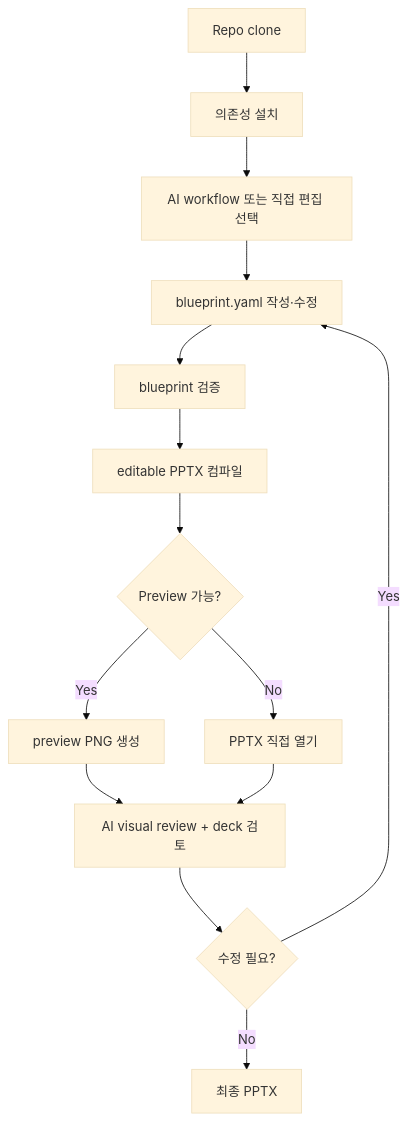
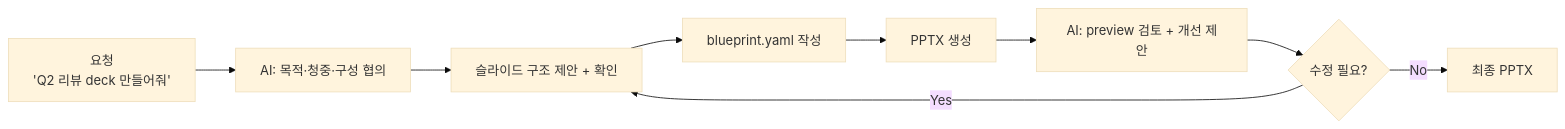
The diagram in README.md (kyungseo/ai-deck-compiler), drawn with Mermaid (base theme) before and after one commit. The commit also changed other lines of this file and 1 other file, not shown here.

````diff
--- a/README.md
+++ b/README.md
@@ -102,16 +87,11 @@
 ```mermaid
-flowchart TD
-  A["Repo clone"] --> B["의존성 설치"]
-  B --> C["AI workflow 또는 직접 편집 선택"]
-  C --> D["blueprint.yaml 작성·수정"]
-  D --> E["blueprint 검증"]
-  E --> F["editable PPTX 컴파일"]
-  F --> G{"Preview 가능?"}
-  G -->|Yes| H["preview PNG 생성"]
-  G -->|No| I["PPTX 직접 열기"]
-  H --> J["AI visual review + deck 검토"]
-  I --> J
-  J --> K{"수정 필요?"}
-  K -->|Yes| D
-  K -->|No| L["최종 PPTX"]
+flowchart LR
+  A["요청\n'Q2 리뷰 deck 만들어줘'"] --> B["AI: 목적·청중·구성 협의"]
+  B --> C["슬라이드 구조 제안 + 확인"]
+  C --> D["blueprint.yaml 작성"]
+  D --> E["PPTX 생성"]
+  E --> F["AI: preview 검토 + 개선 제안"]
+  F --> G{"수정 필요?"}
+  G -->|Yes| C
+  G -->|No| H["최종 PPTX"]
 ```
````
